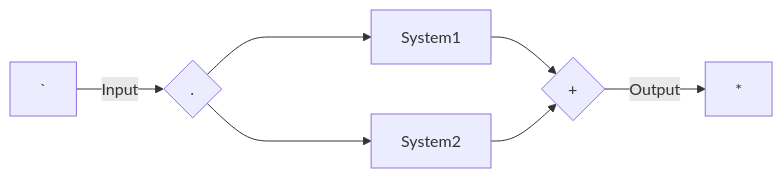
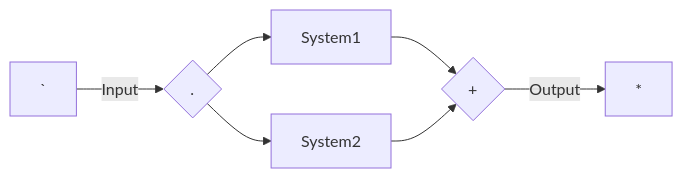
One commit to setrar/dsp changed the fourth of 6 diagrams in signal-processing/kutz/5/README.md. Above: the diagram before and after it, drawn with Mermaid. The commit also changed other lines of this file, not shown here.

````diff
--- a/signal-processing/kutz/5/README.md
+++ b/signal-processing/kutz/5/README.md
@@ -68,9 +68,9 @@
 ```mermaid
 flowchart LR
     ` -->|Input| B{.}
     B --> C[System1]
-    B ----> D[System2]
+    B --> D[System2]
     C --> E{+}
     D --> E{+}
     E--> |Output| *
 ```
````
